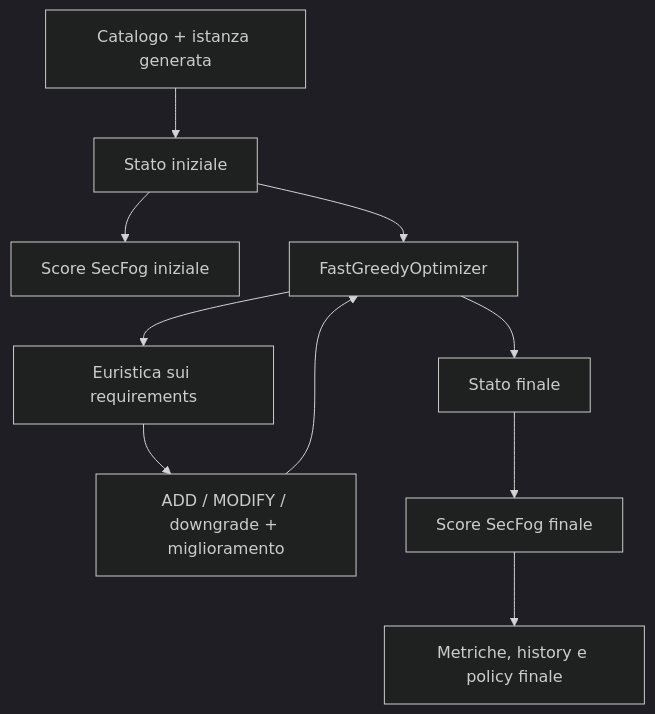
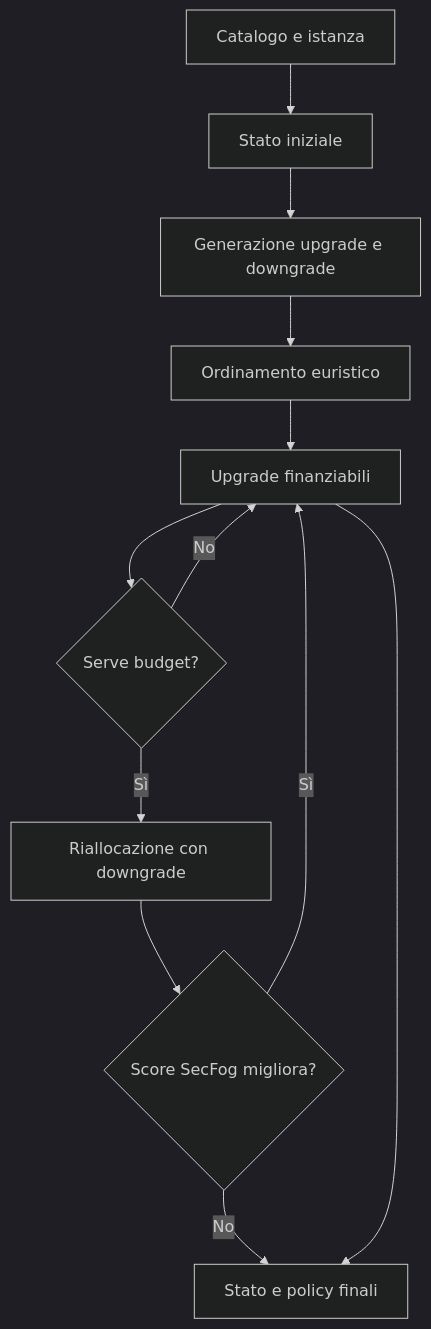
Before and after one commit to AalIzzWeel/SecFog-Greedy: the diagram in README.md, drawn with Mermaid (dark theme). The commit also changed other lines of this file and 46 other files, not shown here.

````diff
--- a/README.md
+++ b/README.md
@@ -89,12 +119,14 @@
 ```mermaid
 flowchart TD
-    A[Catalogo + istanza generata] --> B[Stato iniziale]
-    B --> C[Score SecFog iniziale]
-    B --> D[FastGreedyOptimizer]
-    D --> E[Euristica sui requirements]
-    E --> F[ADD / MODIFY / downgrade + miglioramento]
-    F --> D
-    D --> G[Stato finale]
-    G --> H[Score SecFog finale]
-    H --> I[Metriche, history e policy finale]
+    A[Catalogo e istanza] --> B[Stato iniziale]
+    B --> C[Generazione upgrade e downgrade]
+    C --> D[Ordinamento euristico]
+    D --> E[Upgrade finanziabili]
+    E --> F{Serve budget?}
+    F -- No --> E
+    F -- Sì --> G[Riallocazione con downgrade]
+    G --> H{Score SecFog migliora?}
+    H -- Sì --> E
+    H -- No --> I[Stato e policy finali]
+    E --> I
 ```
````
